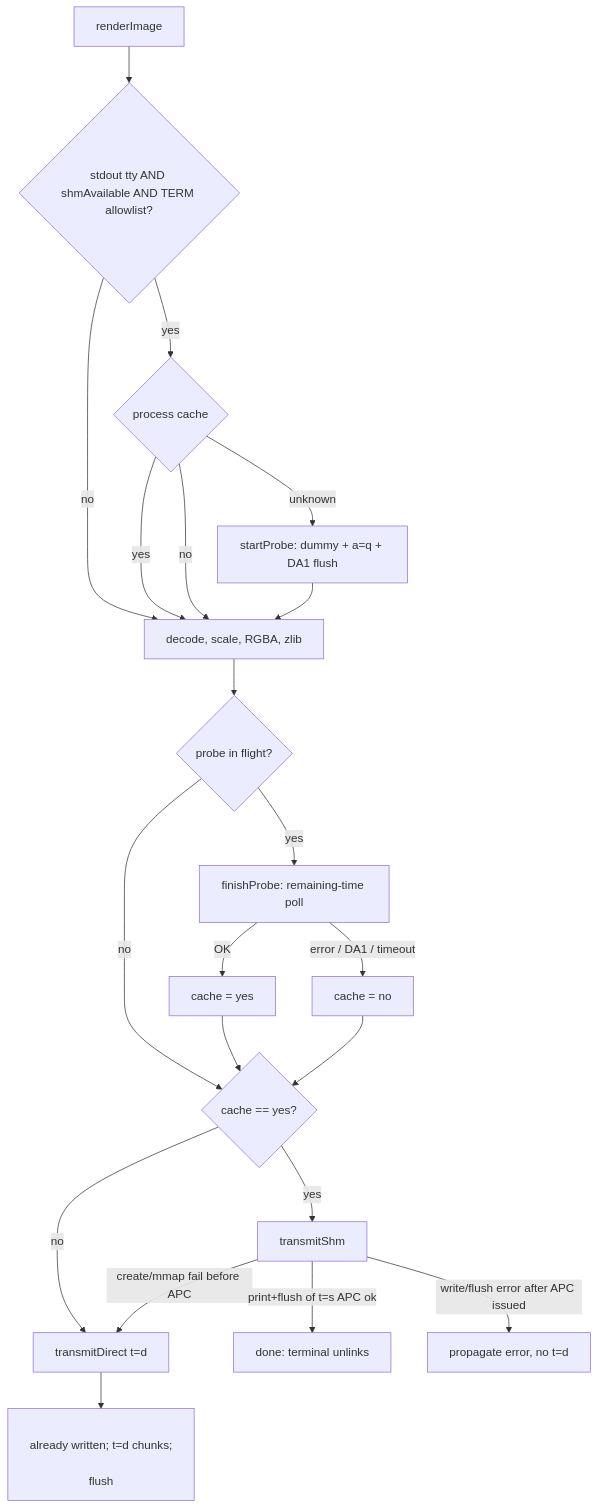
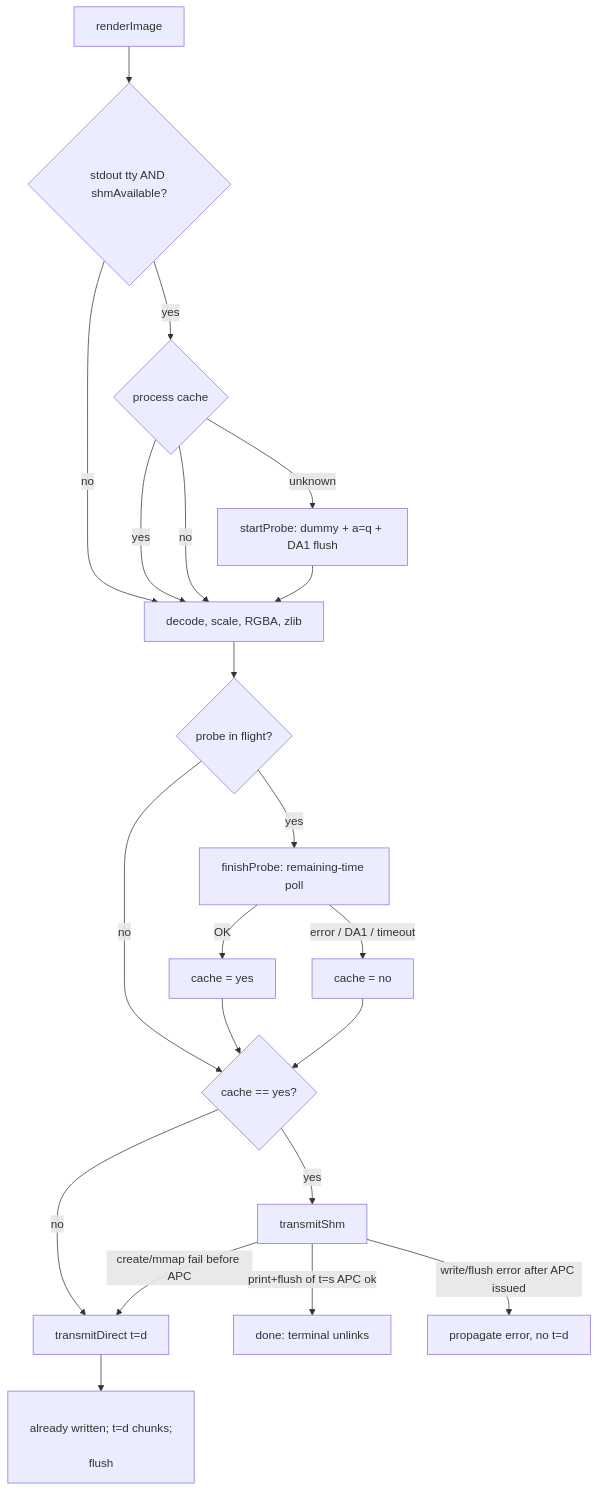
Before and after one commit to j-c-m/blackcat: the first of 4 diagrams in docs/kitty-shm-transmission.md, drawn with Mermaid. The commit also changed other lines of this file, not shown here.

First line of the commit message:
docs: drop TERM allowlist; probe is the only shm gate

````diff
--- a/docs/kitty-shm-transmission.md
+++ b/docs/kitty-shm-transmission.md
@@ -121,23 +121,23 @@
 ```mermaid
 flowchart TD
-  A[renderImage] --> T{stdout tty AND shmAvailable AND TERM allowlist?}
+  A[renderImage] --> T{stdout tty AND shmAvailable?}
   T -->|no| Dec[decode, scale, RGBA, zlib]
   T -->|yes| C{process cache}
   C -->|yes| Dec
   C -->|no| Dec
   C -->|unknown| P[startProbe: dummy + a=q + DA1 flush]
   P --> Dec
   Dec --> J{probe in flight?}
   J -->|yes| F[finishProbe: remaining-time poll]
   J -->|no| M{cache == yes?}
   F -->|OK| G[cache = yes]
   F -->|error / DA1 / timeout| H[cache = no]
   G --> M
   H --> M
   M -->|yes| E[transmitShm]
   M -->|no| D[transmitDirect t=d]
   E -->|create/mmap fail before APC| D
   E -->|print+flush of t=s APC ok| I[done: terminal unlinks]
   E -->|write/flush error after APC issued| X[propagate error, no t=d]
   D --> Y["\n     " already written; t=d chunks; \n\n flush]
 ```
````
